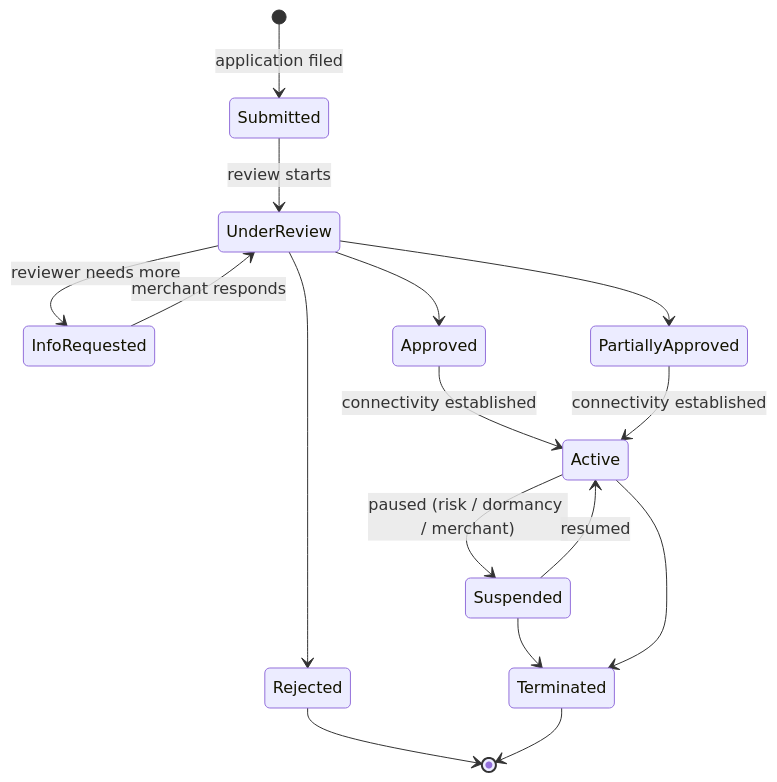
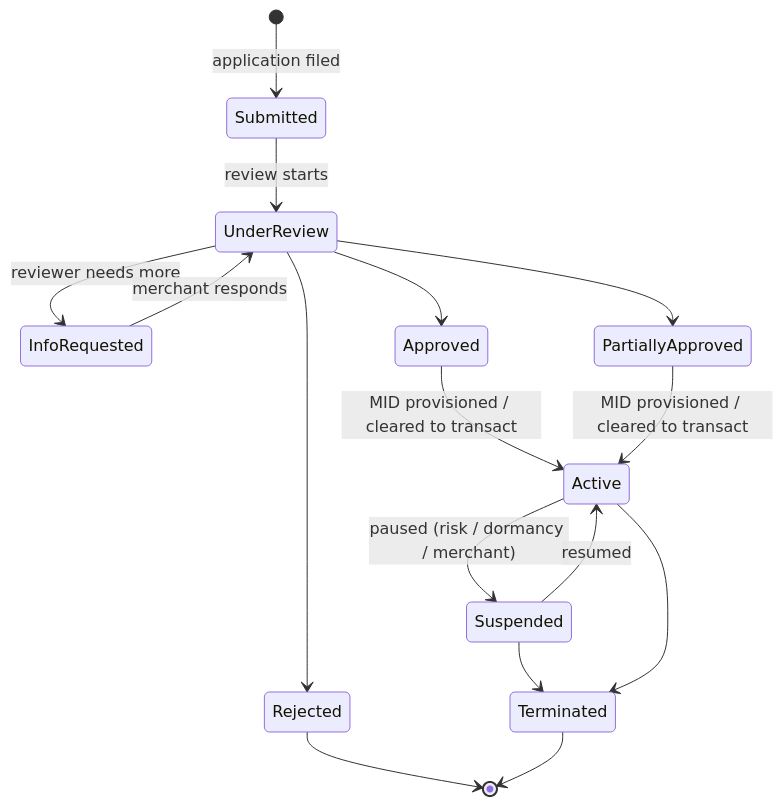
Before and after one commit to yanomic/yanomic.github.io: the second of 2 diagrams in content/blogs/2026-04-21-payment-capability-onboarding/index.md, drawn with Mermaid. The commit also changed other lines of this file, not shown here.

````diff
--- a/content/blogs/2026-04-21-payment-capability-onboarding/index.md
+++ b/content/blogs/2026-04-21-payment-capability-onboarding/index.md
@@ -57,18 +57,18 @@
 ```mermaid
 stateDiagram-v2
     [*] --> Submitted: application filed
     Submitted --> UnderReview: review starts
     UnderReview --> InfoRequested: reviewer needs more
     InfoRequested --> UnderReview: merchant responds
     UnderReview --> Approved
     UnderReview --> PartiallyApproved
     UnderReview --> Rejected
-    Approved --> Active: connectivity established
-    PartiallyApproved --> Active: connectivity established
+    Approved --> Active: MID provisioned / cleared to transact
+    PartiallyApproved --> Active: MID provisioned / cleared to transact
     Active --> Suspended: paused (risk / dormancy / merchant)
     Suspended --> Active: resumed
     Suspended --> Terminated
     Active --> Terminated
     Rejected --> [*]
     Terminated --> [*]
 ```
````
